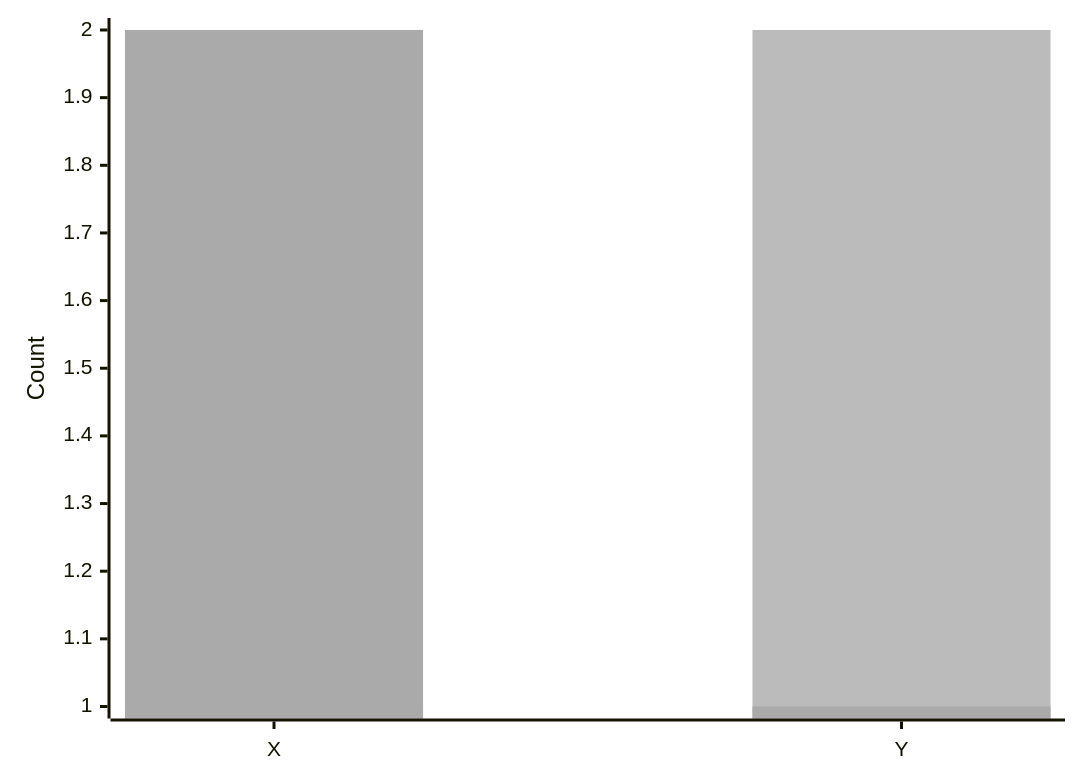
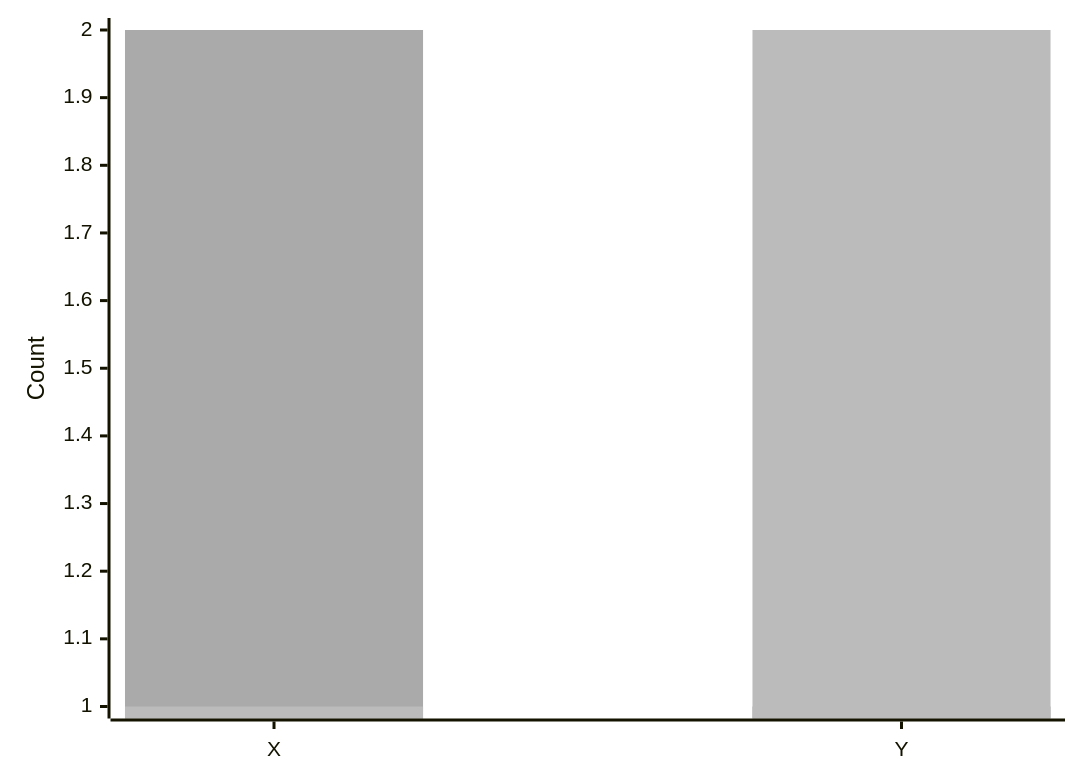
The diagram in docs/tests/seanymph/countplot/TestHue/test_palette_dict.md (Excidion/sea-nymph), drawn with Mermaid before and after one commit. The commit also changed 19 other files, not shown here.

````diff
--- a/docs/tests/seanymph/countplot/TestHue/test_palette_dict.md
+++ b/docs/tests/seanymph/countplot/TestHue/test_palette_dict.md
@@ -1,8 +1,8 @@
 ```mermaid
-%%{init: {'themeVariables': {'xyChart': {'plotColorPalette': '#bbbbbb,#aaaaaa'}}}}%%
+%%{init: {'themeVariables': {'xyChart': {'plotColorPalette': '#aaaaaa,#bbbbbb'}}}}%%
 xychart-beta
     x-axis [X, Y]
     y-axis "Count"
+    bar [2, 1]
     bar [1, 2]
-    bar [2, 1]
 ```
````
